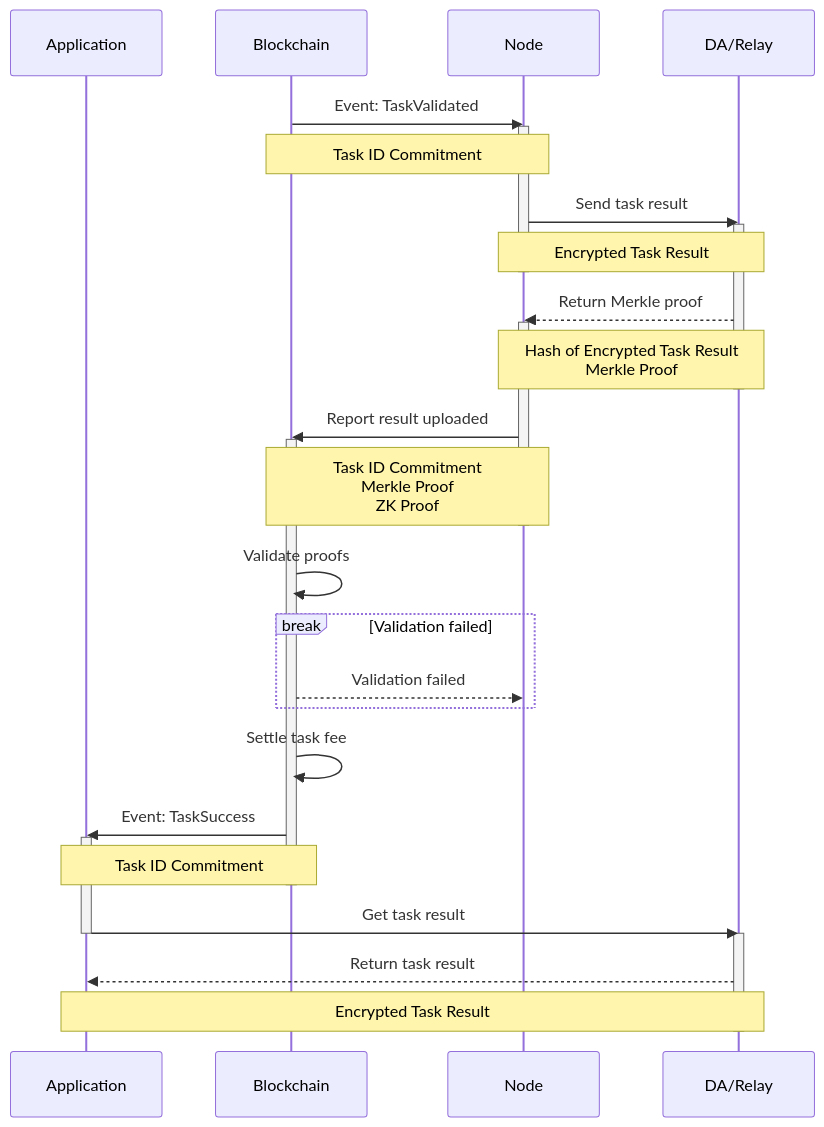
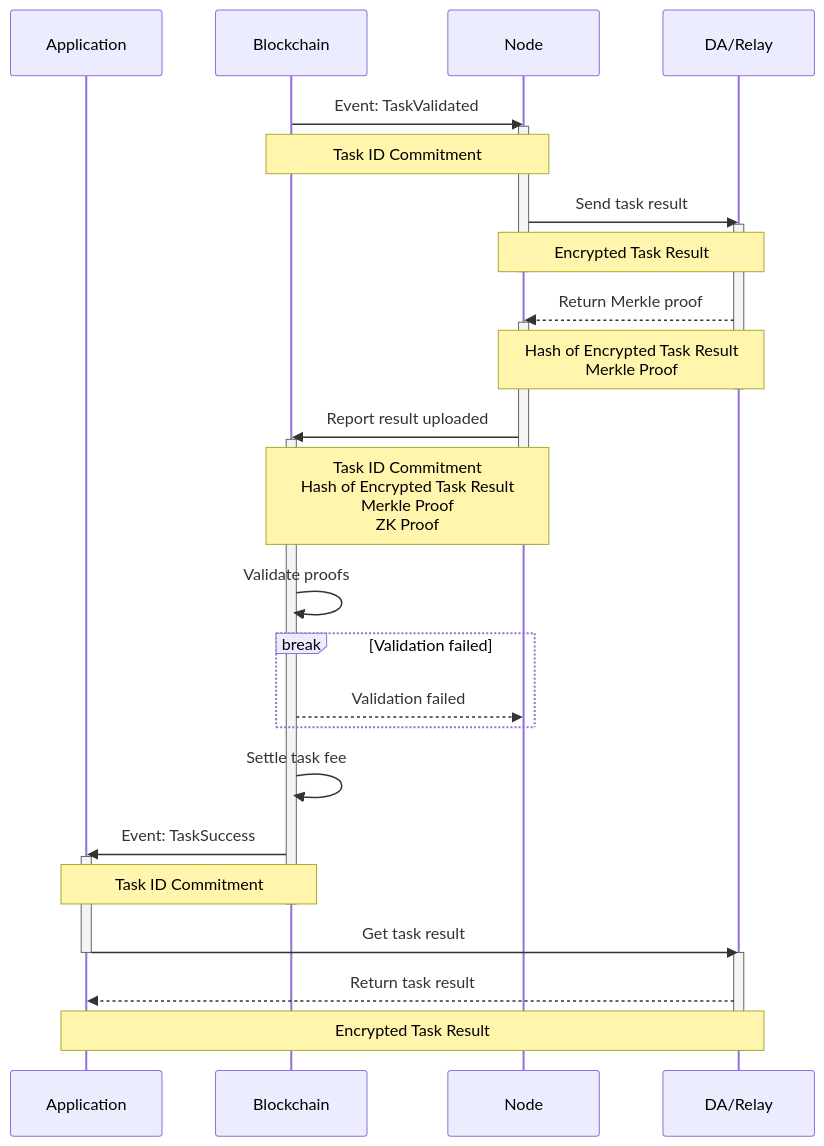
Before and after one commit to crynux-ai/documentation: the fourth of 4 diagrams in gitbook/system-design/task-lifecycle.md, drawn with Mermaid.

Commit message:
GITBOOK-282: No subject

````diff
--- a/gitbook/system-design/task-lifecycle.md
+++ b/gitbook/system-design/task-lifecycle.md
@@ -289,39 +289,39 @@
 ```mermaid
 sequenceDiagram
     Participant A as Application
     Participant B as Blockchain
     Participant N as Node
     Participant D as DA/Relay
 
     B ->> N: Event: TaskValidated
     activate N
     Note over B,N: Task ID Commitment
     N ->> D: Send task result
     activate D
     Note over N,D: Encrypted Task Result
     deactivate N
     D -->> N: Return Merkle proof
     activate N
     Note over N,D: Hash of Encrypted Task Result<br/>Merkle Proof
     deactivate D
     N ->> B: Report result uploaded
     activate B
-    Note over B,N: Task ID Commitment<br/>Merkle Proof<br/>ZK Proof
+    Note over B,N: Task ID Commitment<br/>Hash of Encrypted Task Result<br/>Merkle Proof<br/>ZK Proof
     deactivate N
     B ->> B: Validate proofs
     break Validation failed
         B -->> N: Validation failed
     end
     B ->> B: Settle task fee
     B ->> A: Event: TaskSuccess 
     activate A
     Note over A,B: Task ID Commitment
     deactivate B
     A ->> D: Get task result
     deactivate A
     activate D
     D -->> A: Return task result
     note over A,D: Encrypted Task Result
     deactivate D
 
 ```
````
